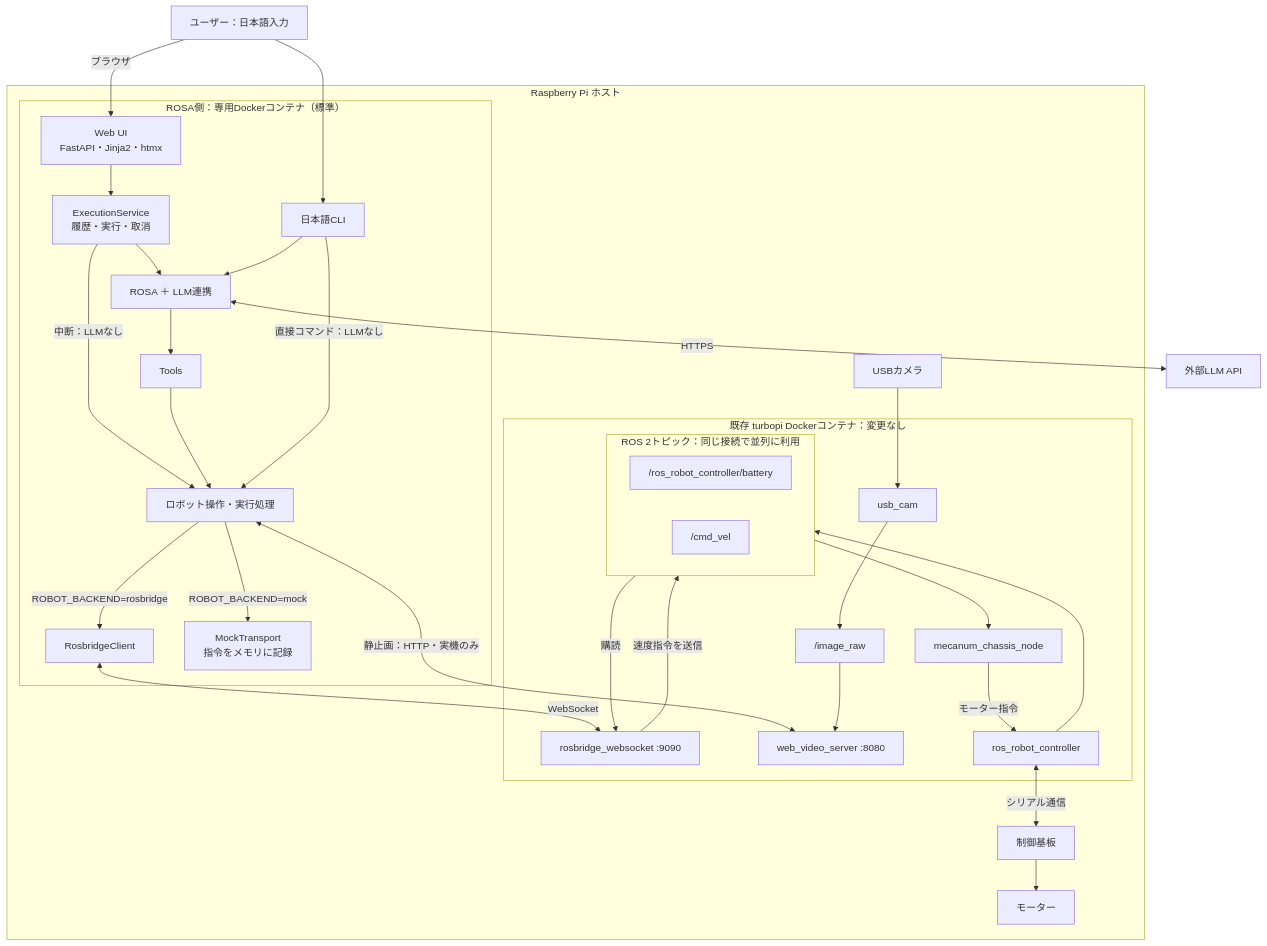
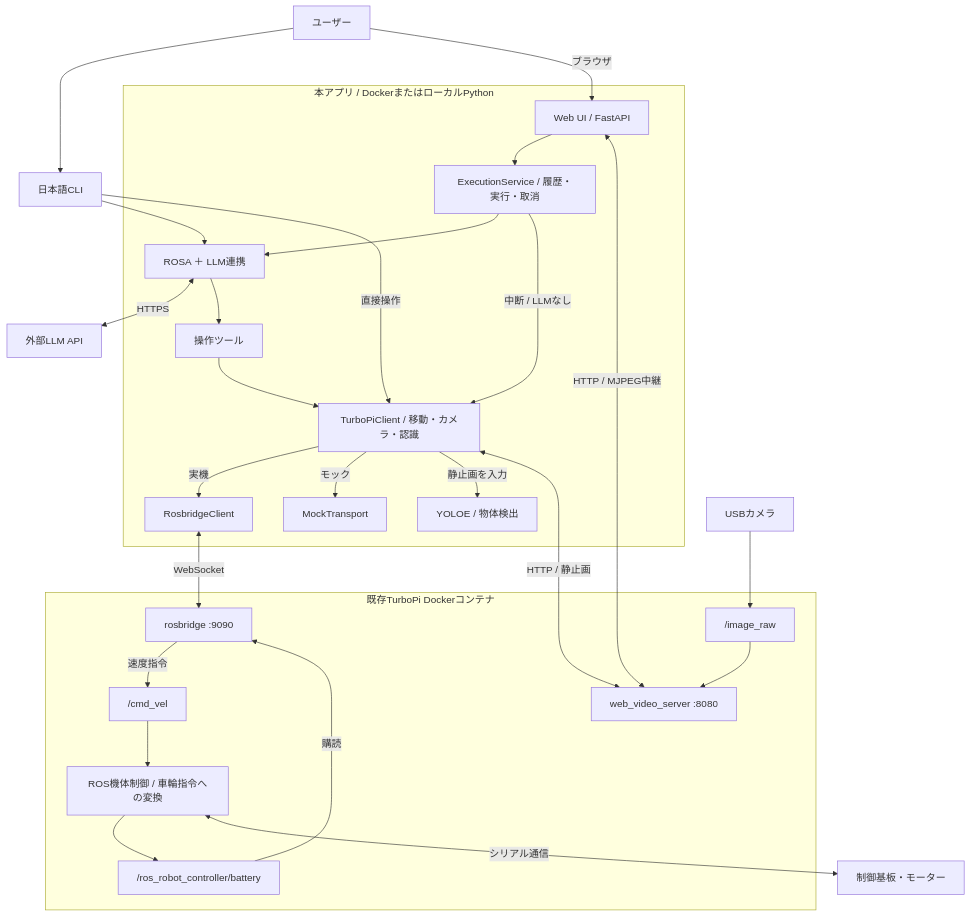
One commit to kyoto-kaira/rosa-turbopi changed the first of 3 diagrams in docs/architecture.md. Above: the diagram before and after it, drawn with Mermaid. The commit also changed other lines of this file and 3 other files, not shown here.

````diff
--- a/docs/architecture.md
+++ b/docs/architecture.md
@@ -26,62 +11,48 @@
 ```mermaid
 flowchart TB
-    User["ユーザー：日本語入力"]
+    User[ユーザー] --> CLI[日本語CLI]
+    User -->|ブラウザ| Web
+    LLM[外部LLM API]
 
-    subgraph Host["Raspberry Pi ホスト"]
-        subgraph ROSA["ROSA側：専用Dockerコンテナ（標準）"]
-            CLI["日本語CLI"]
-            Web["Web UI<br/>FastAPI・Jinja2・htmx"]
-            Execution["ExecutionService<br/>履歴・実行・取消"]
-            Agent["ROSA ＋ LLM連携"]
-            Tools["Tools"]
-            Robot["ロボット操作・実行処理"]
-            Bridge["RosbridgeClient"]
-            Mock["MockTransport<br/>指令をメモリに記録"]
-        end
-
-        subgraph Existing["既存 turbopi Dockerコンテナ：変更なし"]
-            Rosbridge["rosbridge_websocket :9090"]
-            subgraph Topics["ROS 2トピック：同じ接続で並列に利用"]
-                direction LR
-                Battery["/ros_robot_controller/battery"]
-                CmdVel["/cmd_vel"]
-            end
-            Camera["/image_raw"]
-            VideoServer["web_video_server :8080"]
-            Chassis["mecanum_chassis_node"]
-            Controller["ros_robot_controller"]
-            CameraNode["usb_cam"]
-        end
-
-        Board["制御基板"]
-        Motors["モーター"]
-        USB["USBカメラ"]
+    subgraph App["本アプリ / DockerまたはローカルPython"]
+        Web[Web UI / FastAPI]
+        Execution[ExecutionService / 履歴・実行・取消]
+        Agent[ROSA ＋ LLM連携]
+        Tools[操作ツール]
+        Robot[TurboPiClient / 移動・カメラ・認識]
+        Bridge[RosbridgeClient]
+        Mock[MockTransport]
+        Detector[YOLOE / 物体検出]
     end
 
-    LLM["外部LLM API"]
-    User --> CLI
-    User -->|ブラウザ| Web
+    subgraph Existing[既存TurboPi Dockerコンテナ]
+        Rosbridge["rosbridge :9090"]
+        CmdVel["/cmd_vel"]
+        Battery["/ros_robot_controller/battery"]
+        Control[ROS機体制御 / 車輪指令への変換]
+        Image["/image_raw"]
+        Video["web_video_server :8080"]
+    end
+
+    Hardware[制御基板・モーター]
+    Camera[USBカメラ]
+    CLI --> Agent
+    CLI -->|直接操作| Robot
     Web --> Execution
     Execution --> Agent
-    Execution -->|中断：LLMなし| Robot
-    CLI --> Agent
+    Execution -->|中断 / LLMなし| Robot
     Agent <-->|HTTPS| LLM
-    Agent --> Tools
-    Tools --> Robot
-    CLI -->|直接コマンド：LLMなし| Robot
-    Robot -->|ROBOT_BACKEND=rosbridge| Bridge
-    Robot -->|ROBOT_BACKEND=mock| Mock
-
+    Agent --> Tools --> Robot
+    Robot -->|実機| Bridge
+    Robot -->|モック| Mock
+    Robot -->|静止画を入力| Detector
     Bridge <-->|WebSocket| Rosbridge
+    Rosbridge -->|速度指令| CmdVel
     Battery -->|購読| Rosbridge
-    Rosbridge -->|速度指令を送信| CmdVel
-    Robot <-->|静止画：HTTP・実機のみ| VideoServer
-    CmdVel --> Chassis
-    Chassis -->|モーター指令| Controller
-    Controller --> Battery
-    Controller <-->|シリアル通信| Board
-    Board --> Motors
-    USB --> CameraNode
-    CameraNode --> Camera
-    Camera --> VideoServer
+    CmdVel --> Control
+    Control --> Battery
+    Control <-->|シリアル通信| Hardware
+    Camera --> Image --> Video
+    Robot <-->|HTTP / 静止画| Video
+    Web <-->|HTTP / MJPEG中継| Video
 ```
````
